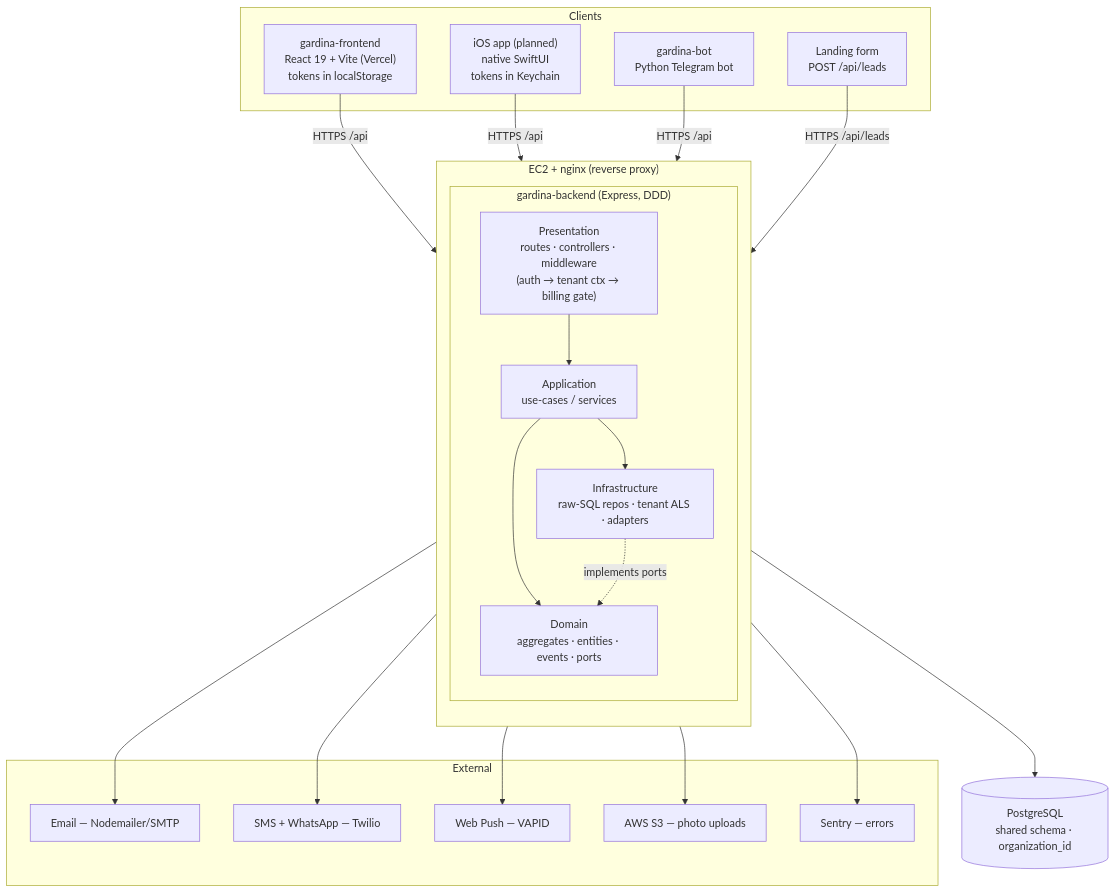
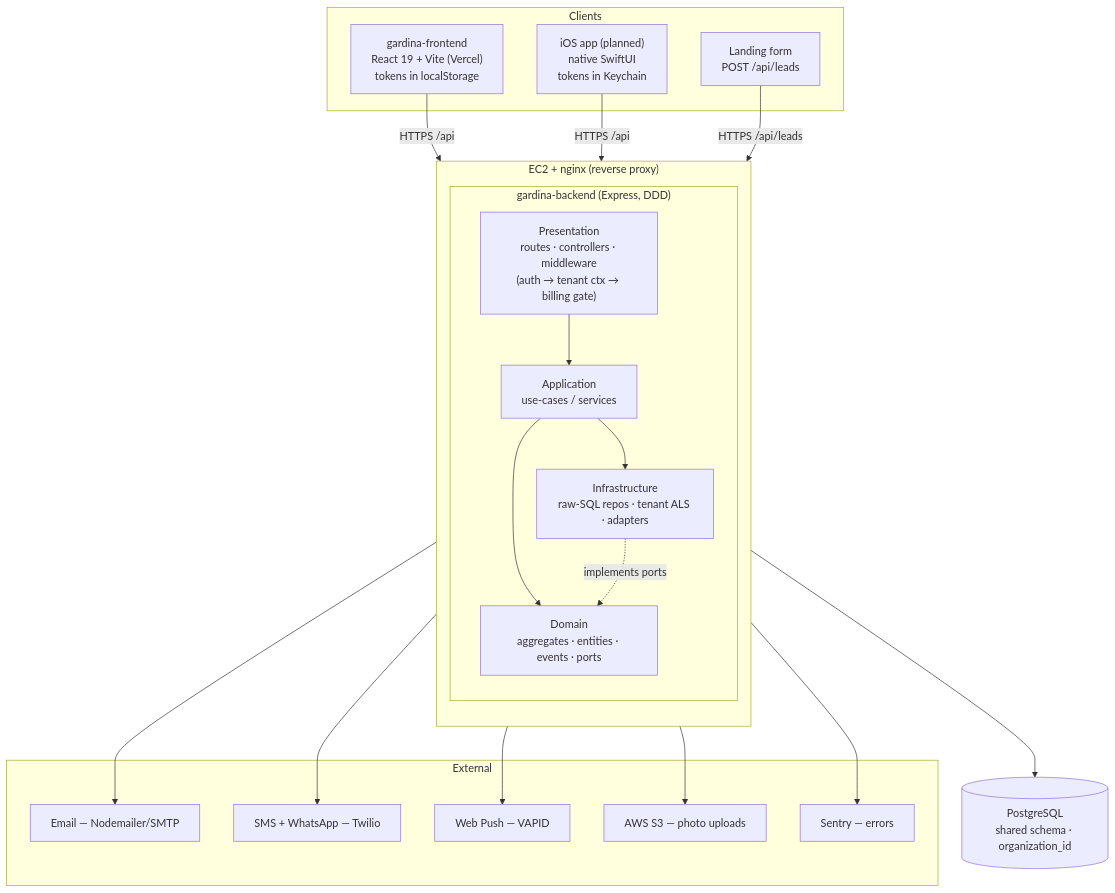
The diagram in docs/ARCHITECTURE.md (nurdamiron/gardina-biz), drawn with Mermaid before and after one commit. The commit also changed other lines of this file and 32 other files, not shown here.

First line of the commit message:
chore: remove unused Gardina Academy telegram bot

````diff
--- a/docs/ARCHITECTURE.md
+++ b/docs/ARCHITECTURE.md
@@ -173,44 +170,42 @@
 ```mermaid
 flowchart TB
   subgraph Clients
     WEB["gardina-frontend<br/>React 19 + Vite (Vercel)<br/>tokens in localStorage"]
     IOS["iOS app (planned)<br/>native SwiftUI<br/>tokens in Keychain"]
-    BOT["gardina-bot<br/>Python Telegram bot"]
     LAND["Landing form<br/>POST /api/leads"]
   end
 
   subgraph Edge["EC2 + nginx (reverse proxy)"]
     direction TB
     subgraph API["gardina-backend (Express, DDD)"]
       PRES["Presentation<br/>routes · controllers · middleware<br/>(auth → tenant ctx → billing gate)"]
       APP["Application<br/>use-cases / services"]
       DOM["Domain<br/>aggregates · entities · events · ports"]
       INFRA["Infrastructure<br/>raw-SQL repos · tenant ALS · adapters"]
     end
   end
 
   DB[("PostgreSQL<br/>shared schema · organization_id")]
 
   subgraph External
     MAIL["Email — Nodemailer/SMTP"]
     TWILIO["SMS + WhatsApp — Twilio"]
     PUSH["Web Push — VAPID"]
     S3["AWS S3 — photo uploads"]
     SENTRY["Sentry — errors"]
   end
 
   WEB -->|HTTPS /api| PRES
   IOS -->|HTTPS /api| PRES
-  BOT -->|HTTPS /api| PRES
   LAND -->|HTTPS /api/leads| PRES
 
   PRES --> APP --> DOM
   APP --> INFRA
   INFRA -. implements ports .-> DOM
   INFRA --> DB
   INFRA --> MAIL
   INFRA --> TWILIO
   INFRA --> PUSH
   INFRA --> S3
   API --> SENTRY
 ```
````
